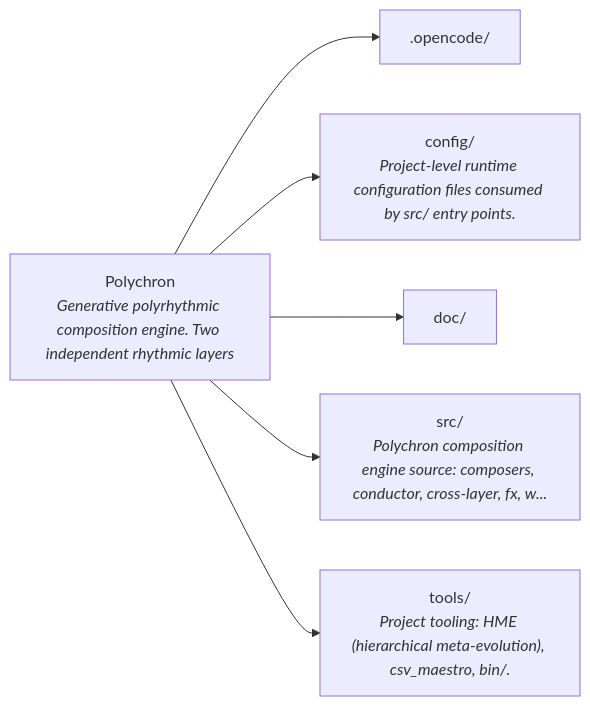
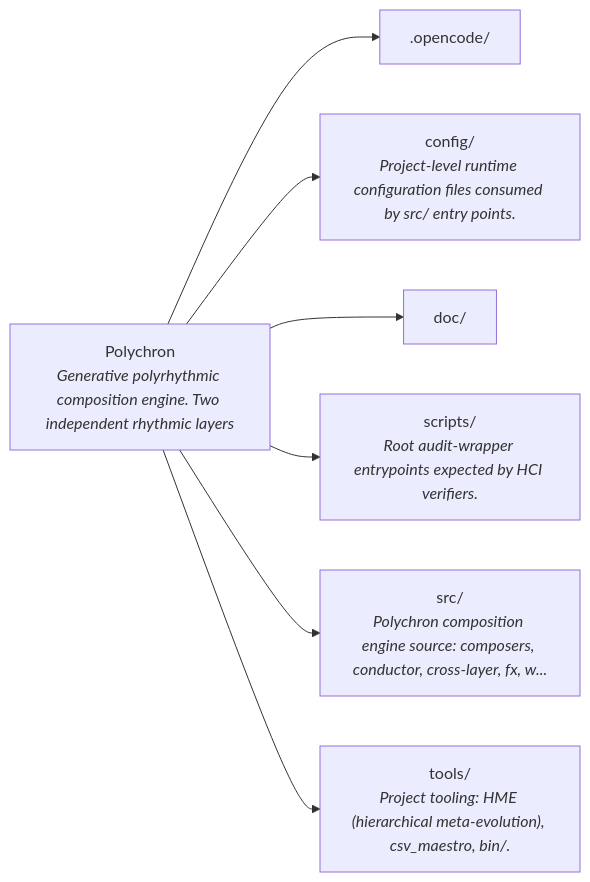
Before and after one commit to PolychronMidi/Polychron: the first of 5 diagrams in README.md, drawn with Mermaid.

Commit message:
2026-05-26T22:49:30-retry

````diff
--- a/README.md
+++ b/README.md
@@ -58,14 +58,16 @@
 ```mermaid
 flowchart LR
     root["Polychron<br/><i>Generative polyrhythmic composition engine. Two independent rhythmic layers</i>"]
     _opencode[".opencode/"]
     root --> _opencode
     config["config/<br/><i>Project-level runtime configuration files consumed by src/ entry points.</i>"]
     root --> config
     doc["doc/"]
     root --> doc
+    scripts["scripts/<br/><i>Root audit-wrapper entrypoints expected by HCI verifiers.</i>"]
+    root --> scripts
     src["src/<br/><i>Polychron composition engine source: composers, conductor, cross-layer, fx, w...</i>"]
     root --> src
     tools["tools/<br/><i>Project tooling: HME (hierarchical meta-evolution), csv_maestro, bin/.</i>"]
     root --> tools
 ```
````
